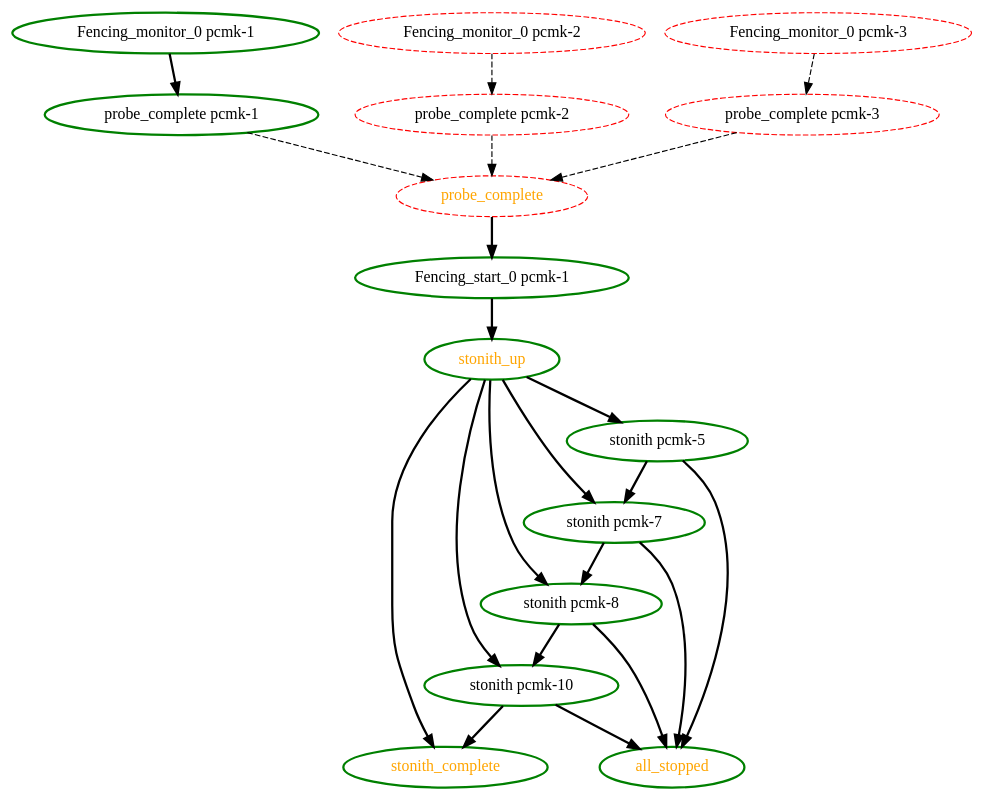
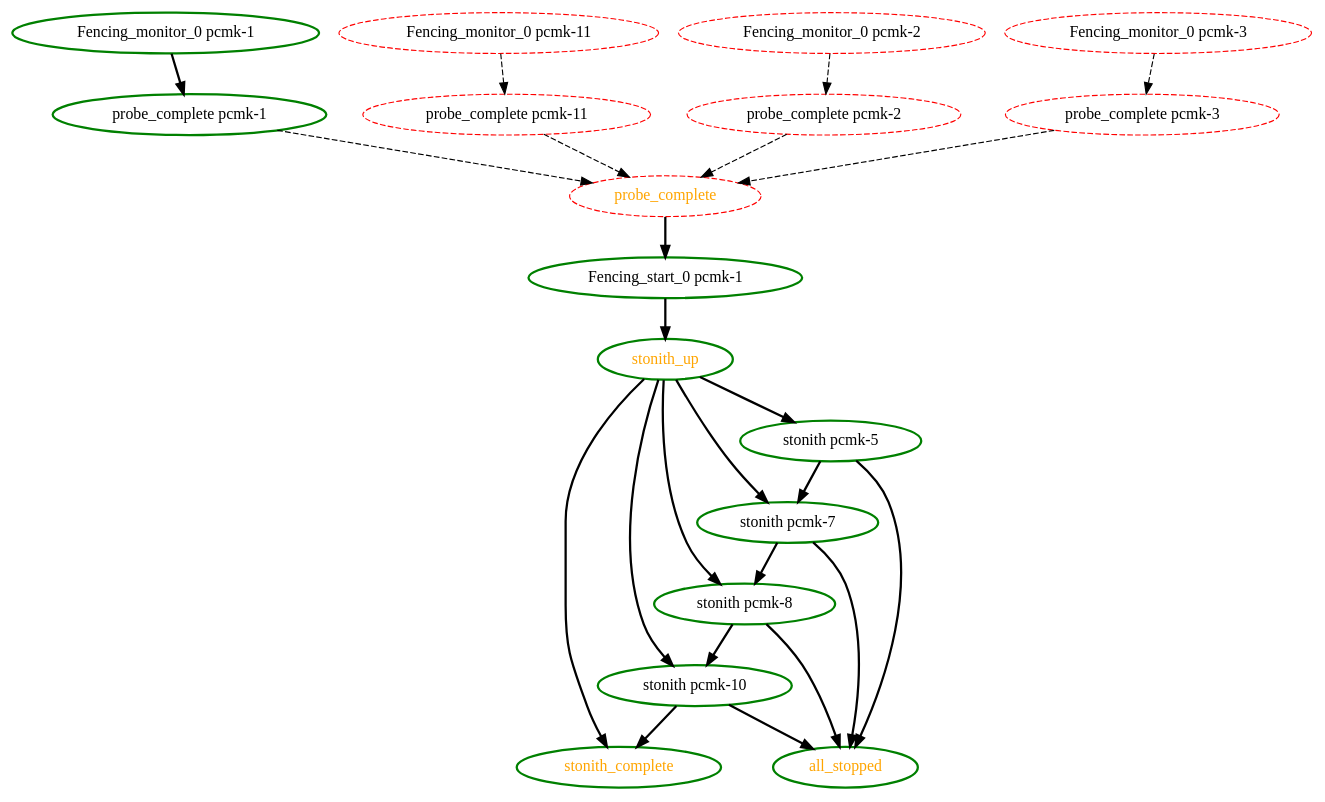
Before and after one commit to ClusterLabs/pacemaker: the diagram in pengine/test10/stonith-4.dot, drawn with Graphviz. The commit also changed 5 other files, not shown here.

```diff
--- a/pengine/test10/stonith-4.dot
+++ b/pengine/test10/stonith-4.dot
@@ -1,38 +1,42 @@
 digraph "g" {
 "Fencing_monitor_0 pcmk-1" -> "probe_complete pcmk-1" [ style = bold]
 "Fencing_monitor_0 pcmk-1" [ style=bold color="green" fontcolor="black"]
+"Fencing_monitor_0 pcmk-11" -> "probe_complete pcmk-11" [ style = dashed]
+"Fencing_monitor_0 pcmk-11" [ style=dashed color="red" fontcolor="black"]
 "Fencing_monitor_0 pcmk-2" -> "probe_complete pcmk-2" [ style = dashed]
 "Fencing_monitor_0 pcmk-2" [ style=dashed color="red" fontcolor="black"]
 "Fencing_monitor_0 pcmk-3" -> "probe_complete pcmk-3" [ style = dashed]
 "Fencing_monitor_0 pcmk-3" [ style=dashed color="red" fontcolor="black"]
 "Fencing_start_0 pcmk-1" -> "stonith_up" [ style = bold]
 "Fencing_start_0 pcmk-1" [ style=bold color="green" fontcolor="black"]
 "all_stopped" [ style=bold color="green" fontcolor="orange"]
 "probe_complete pcmk-1" -> "probe_complete" [ style = dashed]
 "probe_complete pcmk-1" [ style=bold color="green" fontcolor="black"]
+"probe_complete pcmk-11" -> "probe_complete" [ style = dashed]
+"probe_complete pcmk-11" [ style=dashed color="red" fontcolor="black"]
 "probe_complete pcmk-2" -> "probe_complete" [ style = dashed]
 "probe_complete pcmk-2" [ style=dashed color="red" fontcolor="black"]
 "probe_complete pcmk-3" -> "probe_complete" [ style = dashed]
 "probe_complete pcmk-3" [ style=dashed color="red" fontcolor="black"]
 "probe_complete" -> "Fencing_start_0 pcmk-1" [ style = bold]
 "probe_complete" [ style=dashed color="red" fontcolor="orange"]
 "stonith pcmk-10" -> "all_stopped" [ style = bold]
 "stonith pcmk-10" -> "stonith_complete" [ style = bold]
 "stonith pcmk-10" [ style=bold color="green" fontcolor="black"]
 "stonith pcmk-5" -> "all_stopped" [ style = bold]
 "stonith pcmk-5" -> "stonith pcmk-7" [ style = bold]
 "stonith pcmk-5" [ style=bold color="green" fontcolor="black"]
 "stonith pcmk-7" -> "all_stopped" [ style = bold]
 "stonith pcmk-7" -> "stonith pcmk-8" [ style = bold]
 "stonith pcmk-7" [ style=bold color="green" fontcolor="black"]
 "stonith pcmk-8" -> "all_stopped" [ style = bold]
 "stonith pcmk-8" -> "stonith pcmk-10" [ style = bold]
 "stonith pcmk-8" [ style=bold color="green" fontcolor="black"]
 "stonith_complete" [ style=bold color="green" fontcolor="orange"]
 "stonith_up" -> "stonith pcmk-10" [ style = bold]
 "stonith_up" -> "stonith pcmk-5" [ style = bold]
 "stonith_up" -> "stonith pcmk-7" [ style = bold]
 "stonith_up" -> "stonith pcmk-8" [ style = bold]
 "stonith_up" -> "stonith_complete" [ style = bold]
 "stonith_up" [ style=bold color="green" fontcolor="orange"]
 }
```
